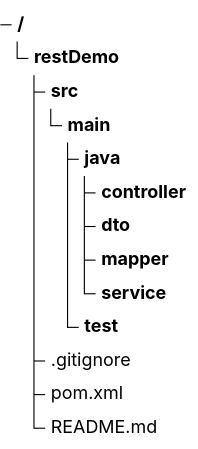
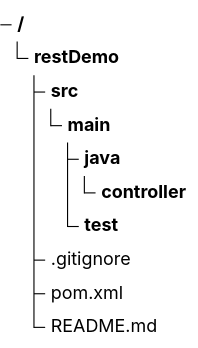
One commit to chanduujjina/Spring_Boot_Rest_AI changed the diagram in Read.md. Above: the diagram before and after it, drawn with Mermaid.

Commit message:
Clean up project directory structure
Removed unused directories from project structure.

````diff
--- a/Read.md
+++ b/Read.md
@@ -1,16 +1,13 @@
 ```mermaid
 treeView-beta
             restDemo/
                      src/
                          main/
                               java/
                                    controller/
-                                   dto/
-                                   mapper/
-                                   service/
                                
                             test/
                 .gitignore
                 pom.xml
                 README.md
 ```
````
